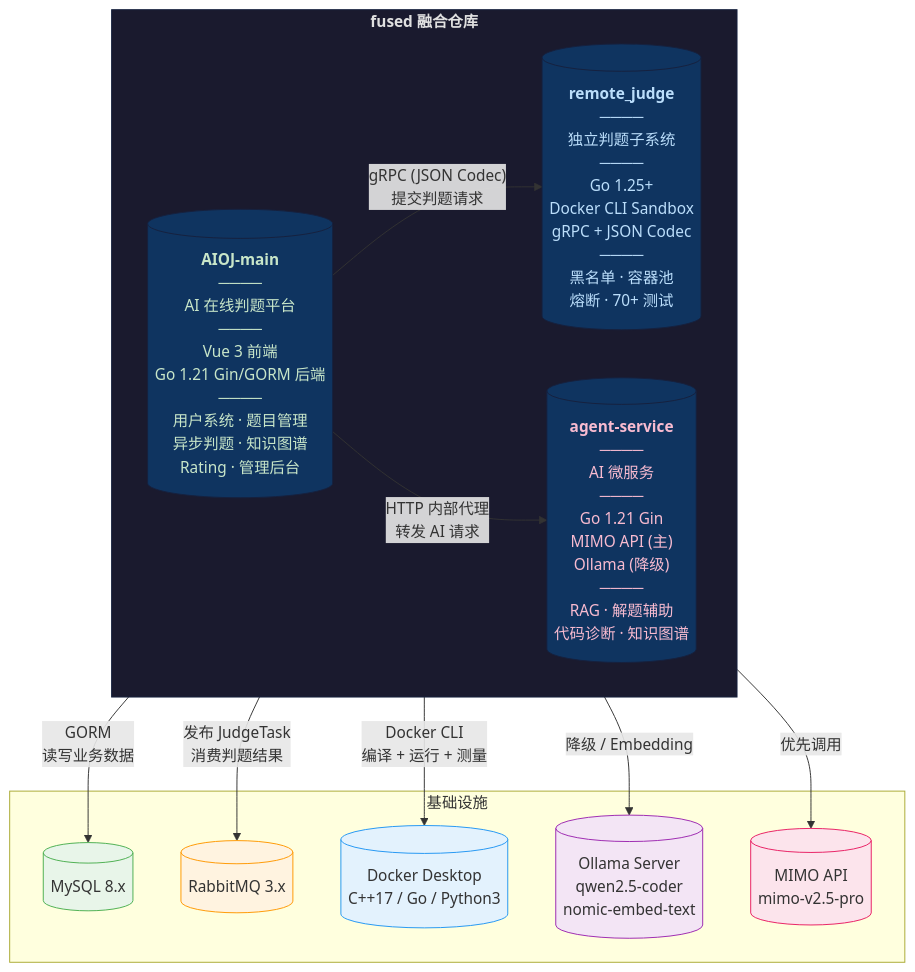
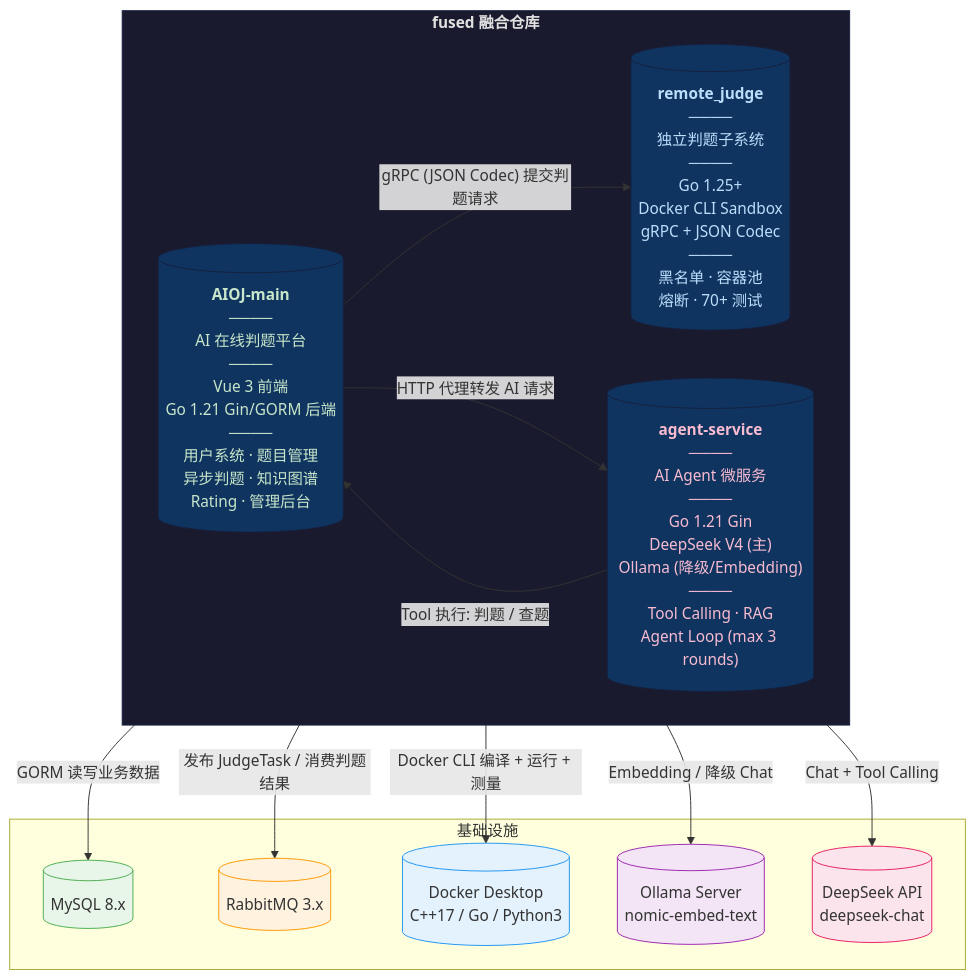
Before and after one commit to Yanxueye/AIOJ: the first of 3 diagrams in README.md, drawn with Mermaid. The commit also changed other lines of this file and 45 other files, not shown here.

Commit message:
optimized by songjq & deepseek-v4-pro 优化agent服务架构，自定义ai方法调用

````diff
--- a/README.md
+++ b/README.md
@@ -48,35 +48,36 @@
 ```mermaid
 flowchart TB
     subgraph Fused["<b>fused 融合仓库</b>"]
         direction LR
         AIOJ[("<b>AIOJ-main</b><br/>────<br/>AI 在线判题平台<br/>────<br/>Vue 3 前端<br/>Go 1.21 Gin/GORM 后端<br/>────<br/>用户系统 · 题目管理<br/>异步判题 · 知识图谱<br/>Rating · 管理后台")]
         RJ[("<b>remote_judge</b><br/>────<br/>独立判题子系统<br/>────<br/>Go 1.25+<br/>Docker CLI Sandbox<br/>gRPC + JSON Codec<br/>────<br/>黑名单 · 容器池<br/>熔断 · 70+ 测试")]
-        AS[("<b>agent-service</b><br/>────<br/>AI 微服务<br/>────<br/>Go 1.21 Gin<br/>MIMO API (主)<br/>Ollama (降级)<br/>────<br/>RAG · 解题辅助<br/>代码诊断 · 知识图谱")]
+        AS[("<b>agent-service</b><br/>────<br/>AI Agent 微服务<br/>────<br/>Go 1.21 Gin<br/>DeepSeek V4 (主)<br/>Ollama (降级/Embedding)<br/>────<br/>Tool Calling · RAG<br/>Agent Loop (max 3 rounds)")]
     end
 
     subgraph Infra["基础设施"]
         MySQL[("MySQL 8.x")]
         RMQ[("RabbitMQ 3.x")]
         Docker[("Docker Desktop<br/>C++17 / Go / Python3")]
-        OllamaSrv[("Ollama Server<br/>qwen2.5-coder<br/>nomic-embed-text")]
-        MIMO[("MIMO API<br/>mimo-v2.5-pro")]
+        OllamaSrv[("Ollama Server<br/>nomic-embed-text")]
+        DeepSeek[("DeepSeek API<br/>deepseek-chat")]
     end
 
-    AIOJ -->|"GORM<br/>读写业务数据"| MySQL
-    AIOJ -->|"发布 JudgeTask<br/>消费判题结果"| RMQ
-    AIOJ -->|"gRPC (JSON Codec)<br/>提交判题请求"| RJ
-    AIOJ -->|"HTTP 内部代理<br/>转发 AI 请求"| AS
-    RJ -->|"Docker CLI<br/>编译 + 运行 + 测量"| Docker
-    AS -->|"优先调用"| MIMO
-    AS -->|"降级 / Embedding"| OllamaSrv
+    AIOJ -->|"GORM 读写业务数据"| MySQL
+    AIOJ -->|"发布 JudgeTask / 消费判题结果"| RMQ
+    AIOJ -->|"gRPC (JSON Codec) 提交判题请求"| RJ
+    AIOJ -->|"HTTP 代理转发 AI 请求"| AS
+    RJ -->|"Docker CLI 编译 + 运行 + 测量"| Docker
+    AS -->|"Chat + Tool Calling"| DeepSeek
+    AS -->|"Embedding / 降级 Chat"| OllamaSrv
+    AS -->|"Tool 执行: 判题 / 查题"| AIOJ
 
     style Fused fill:#1a1a2e,stroke:#16213e,color:#e0e0e0
     style AIOJ fill:#0f3460,stroke:#16213e,color:#c8e6c9
     style RJ fill:#0f3460,stroke:#16213e,color:#bbdefb
     style AS fill:#0f3460,stroke:#16213e,color:#f8bbd0
     style MySQL fill:#e8f5e9,stroke:#4caf50
     style RMQ fill:#fff3e0,stroke:#ff9800
     style Docker fill:#e3f2fd,stroke:#2196f3
     style OllamaSrv fill:#f3e5f5,stroke:#9c27b0
-    style MIMO fill:#fce4ec,stroke:#e91e63
+    style DeepSeek fill:#fce4ec,stroke:#e91e63
 ```
````
